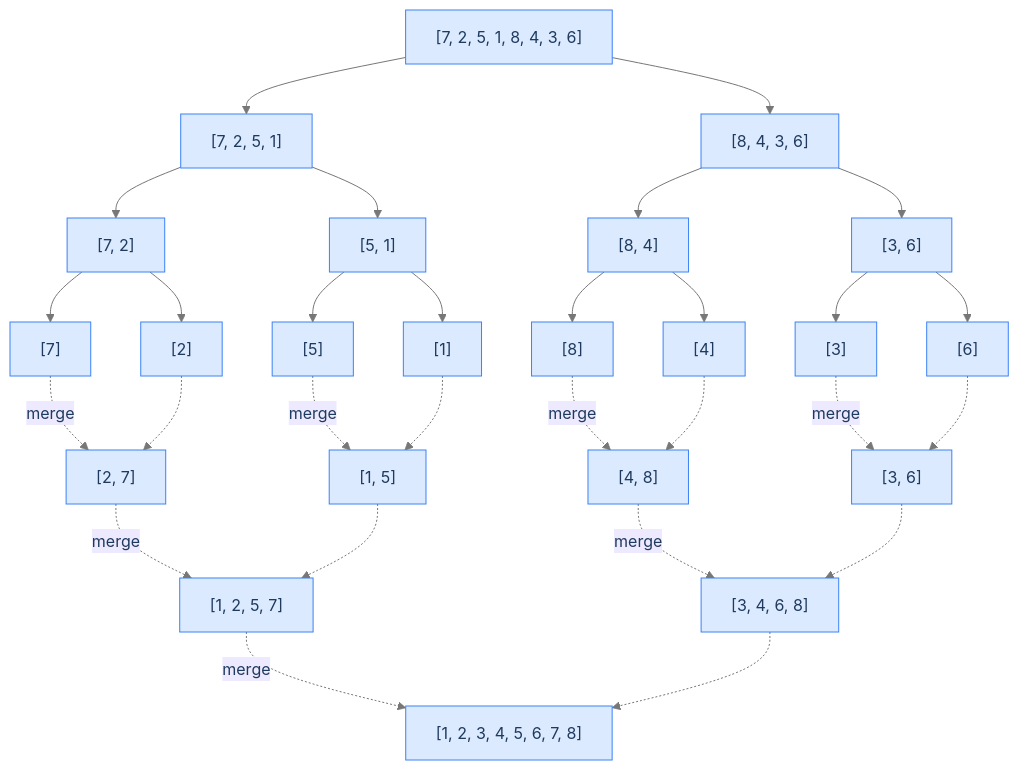
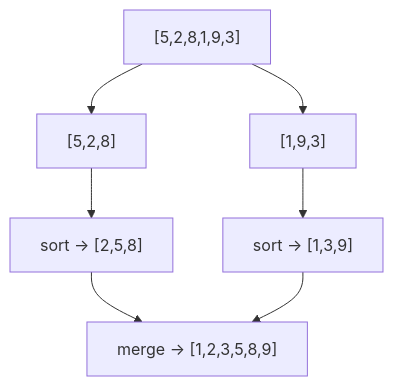
The diagram in content/cortex/data-structures-and-algorithms/06-sorting-and-searching/01-sorting/09-merge-sort.md (ani2fun/codefolio), drawn with Mermaid before and after one commit. The commit also changed other lines of this file and 1049 other files, not shown here.

````diff
--- a/content/cortex/data-structures-and-algorithms/06-sorting-and-searching/01-sorting/09-merge-sort.md
+++ b/content/cortex/data-structures-and-algorithms/06-sorting-and-searching/01-sorting/09-merge-sort.md
@@ -37,46 +50,9 @@
 ```mermaid
----
-config:
-  theme: base
-  themeVariables:
-    primaryColor: "#dbeafe"
-    primaryBorderColor: "#3b82f6"
-    primaryTextColor: "#1e3a5f"
-    lineColor: "#777777"
-    secondaryColor: "#ede9fe"
-    tertiaryColor: "#fef9c3"
----
 flowchart TB
-  L0["[7, 2, 5, 1, 8, 4, 3, 6]"]
-  L0 --> L1a["[7, 2, 5, 1]"]
-  L0 --> L1b["[8, 4, 3, 6]"]
-  L1a --> L2a["[7, 2]"]
-  L1a --> L2b["[5, 1]"]
-  L1b --> L2c["[8, 4]"]
-  L1b --> L2d["[3, 6]"]
-  L2a --> L3a["[7]"]
-  L2a --> L3b["[2]"]
-  L2b --> L3c["[5]"]
-  L2b --> L3d["[1]"]
-  L2c --> L3e["[8]"]
-  L2c --> L3f["[4]"]
-  L2d --> L3g["[3]"]
-  L2d --> L3h["[6]"]
-
-  L3a -.->|merge| M2a["[2, 7]"]
-  L3b -.-> M2a
-  L3c -.->|merge| M2b["[1, 5]"]
-  L3d -.-> M2b
-  L3e -.->|merge| M2c["[4, 8]"]
-  L3f -.-> M2c
-  L3g -.->|merge| M2d["[3, 6]"]
-  L3h -.-> M2d
-
-  M2a -.->|merge| M1a["[1, 2, 5, 7]"]
-  M2b -.-> M1a
-  M2c -.->|merge| M1b["[3, 4, 6, 8]"]
-  M2d -.-> M1b
-
-  M1a -.->|merge| FINAL["[1, 2, 3, 4, 5, 6, 7, 8]"]
-  M1b -.-> FINAL
+  A["[5,2,8,1,9,3]"] --> B["[5,2,8]"]
+  A --> C["[1,9,3]"]
+  B --> D["sort → [2,5,8]"]
+  C --> E["sort → [1,3,9]"]
+  D --> F["merge → [1,2,3,5,8,9]"]
+  E --> F
 ```
````
